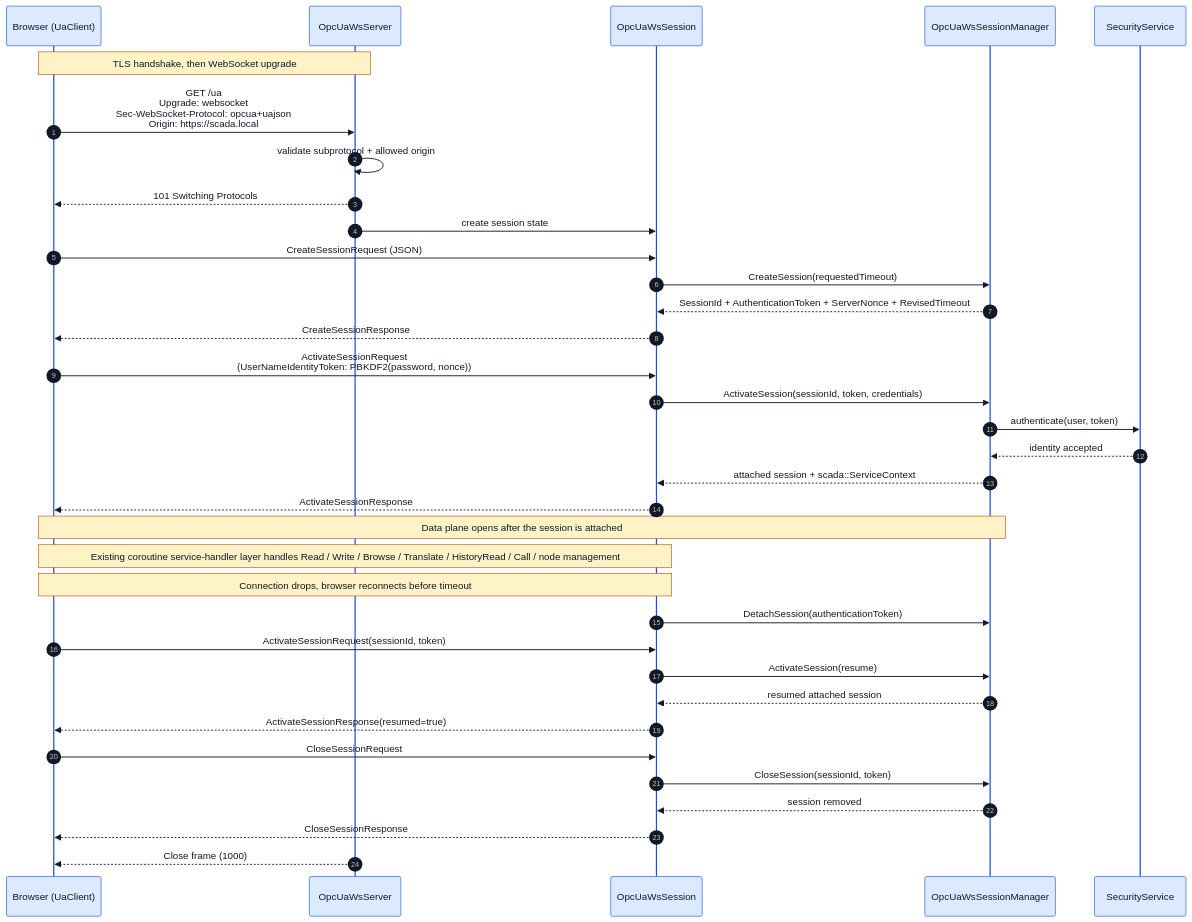
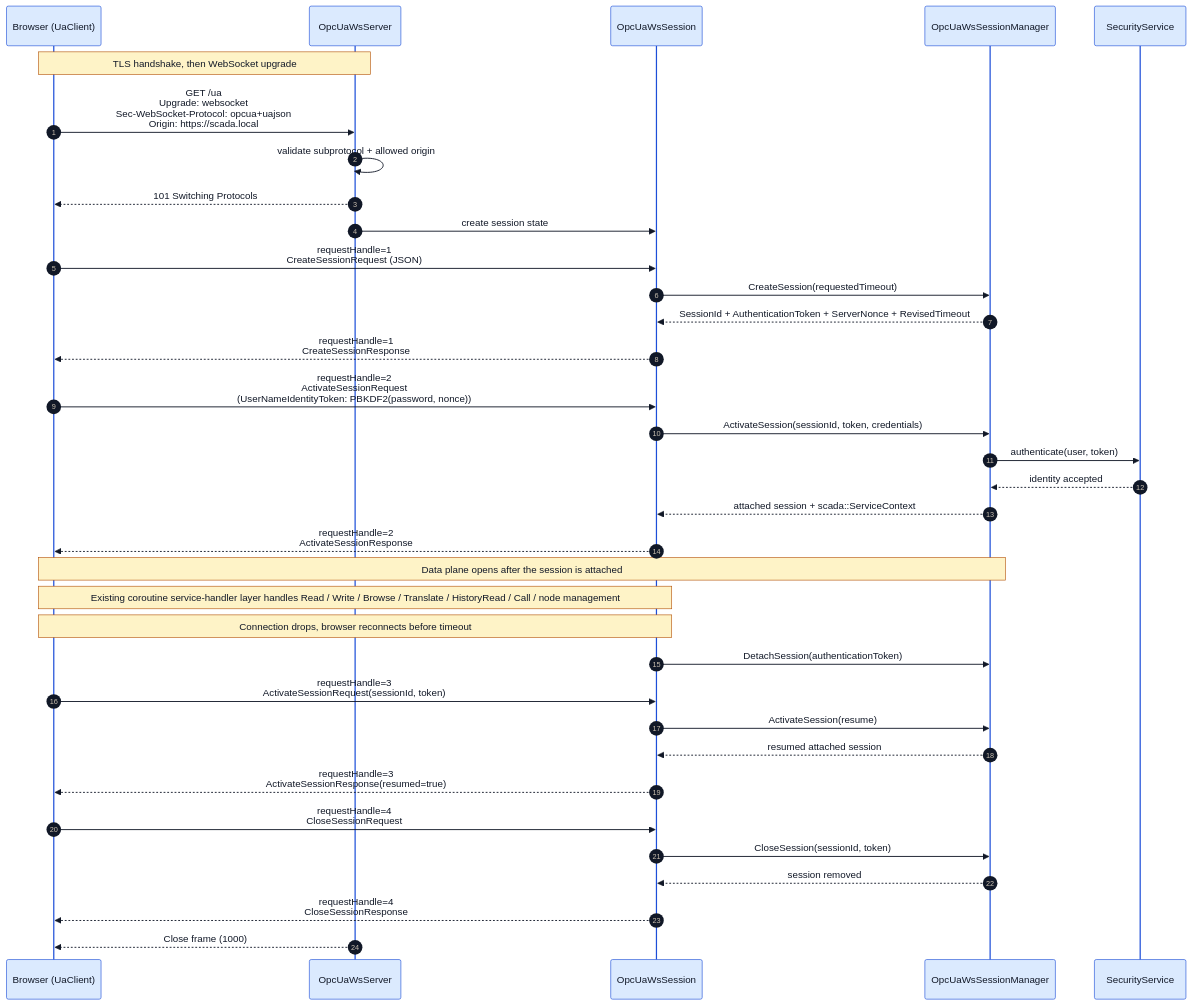
One commit to alexsmn/scada-common changed the diagram in docs/opcua_ws_session_sequence.mmd. Above: the diagram before and after it, drawn with Mermaid. The commit also changed 8 other files, not shown here.

```diff
--- a/docs/opcua_ws_session_sequence.mmd
+++ b/docs/opcua_ws_session_sequence.mmd
@@ -1,57 +1,57 @@
 %%{init: {
   'theme': 'base',
   'themeVariables': {
     'background': '#ffffff',
     'primaryColor': '#f3f4f6',
     'primaryBorderColor': '#374151',
     'primaryTextColor': '#111827',
     'lineColor': '#374151',
     'actorBkg': '#dbeafe',
     'actorBorder': '#1d4ed8',
     'actorTextColor': '#111827',
     'noteBkgColor': '#fef3c7',
     'noteBorderColor': '#b45309',
     'noteTextColor': '#111827'
   }
 }}%%
 sequenceDiagram
     autonumber
     participant B as Browser (UaClient)
     participant WS as OpcUaWsServer
     participant S as OpcUaWsSession
     participant M as OpcUaWsSessionManager
     participant SEC as SecurityService
 
     Note over B,WS: TLS handshake, then WebSocket upgrade
     B->>WS: GET /ua<br/>Upgrade: websocket<br/>Sec-WebSocket-Protocol: opcua+uajson<br/>Origin: https://scada.local
     WS->>WS: validate subprotocol + allowed origin
     WS-->>B: 101 Switching Protocols
 
     WS->>S: create session state
-    B->>S: CreateSessionRequest (JSON)
+    B->>S: requestHandle=1<br/>CreateSessionRequest (JSON)
     S->>M: CreateSession(requestedTimeout)
     M-->>S: SessionId + AuthenticationToken + ServerNonce + RevisedTimeout
-    S-->>B: CreateSessionResponse
+    S-->>B: requestHandle=1<br/>CreateSessionResponse
 
-    B->>S: ActivateSessionRequest<br/>(UserNameIdentityToken: PBKDF2(password, nonce))
+    B->>S: requestHandle=2<br/>ActivateSessionRequest<br/>(UserNameIdentityToken: PBKDF2(password, nonce))
     S->>M: ActivateSession(sessionId, token, credentials)
     M->>SEC: authenticate(user, token)
     SEC-->>M: identity accepted
     M-->>S: attached session + scada::ServiceContext
-    S-->>B: ActivateSessionResponse
+    S-->>B: requestHandle=2<br/>ActivateSessionResponse
 
     Note over B,M: Data plane opens after the session is attached
     Note over B,S: Existing coroutine service-handler layer handles Read / Write / Browse / Translate / HistoryRead / Call / node management
 
     Note over B,S: Connection drops, browser reconnects before timeout
     S->>M: DetachSession(authenticationToken)
-    B->>S: ActivateSessionRequest(sessionId, token)
+    B->>S: requestHandle=3<br/>ActivateSessionRequest(sessionId, token)
     S->>M: ActivateSession(resume)
     M-->>S: resumed attached session
-    S-->>B: ActivateSessionResponse(resumed=true)
+    S-->>B: requestHandle=3<br/>ActivateSessionResponse(resumed=true)
 
-    B->>S: CloseSessionRequest
+    B->>S: requestHandle=4<br/>CloseSessionRequest
     S->>M: CloseSession(sessionId, token)
     M-->>S: session removed
-    S-->>B: CloseSessionResponse
+    S-->>B: requestHandle=4<br/>CloseSessionResponse
     WS-->>B: Close frame (1000)
```
